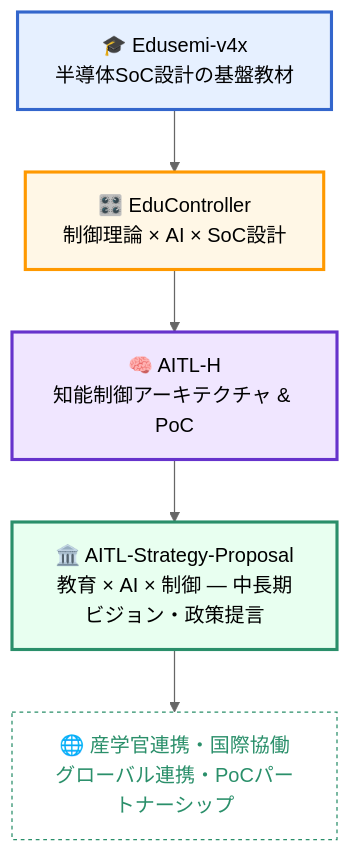
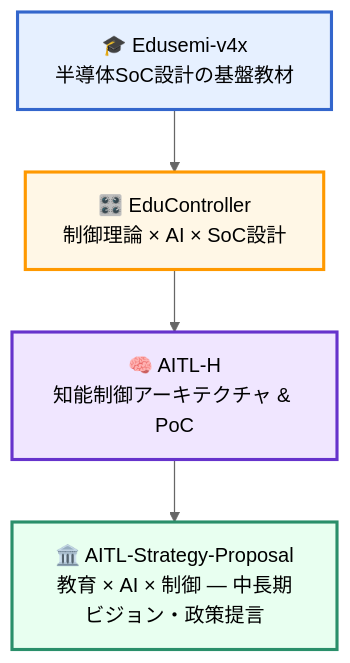
One commit to Samizo-AITL/Samizo-AITL.github.io changed the diagram in index.md. Above: the diagram before and after it, drawn with Mermaid (neutral theme).

````diff
--- a/index.md
+++ b/index.md
@@ -88,15 +88,13 @@
 ```mermaid
 flowchart TD
     A[🎓 Edusemi-v4x<br/>半導体SoC設計の基盤教材] 
         --> B[🎛️ EduController<br/>制御理論 × AI × SoC設計] 
         --> C[🧠 AITL-H<br/>知能制御アーキテクチャ & PoC]
         --> D[🏛️ AITL-Strategy-Proposal<br/>教育 × AI × 制御 ― 中長期ビジョン・政策提言]
-        --> E[🌐 産学官連携・国際協働<br/>グローバル連携・PoCパートナーシップ]
 
     %% スタイル
     style A fill:#e6f0ff,stroke:#3366cc,stroke-width:2.5px
     style B fill:#fff7e6,stroke:#ff9900,stroke-width:2.5px
     style C fill:#f0e6ff,stroke:#6633cc,stroke-width:2.5px
     style D fill:#e8fff0,stroke:#2a8f6a,stroke-width:2.5px
-    style E fill:#ffffff,stroke:#2a8f6a,stroke-dasharray:3 3,color:#2a8f6a
 ```
````
